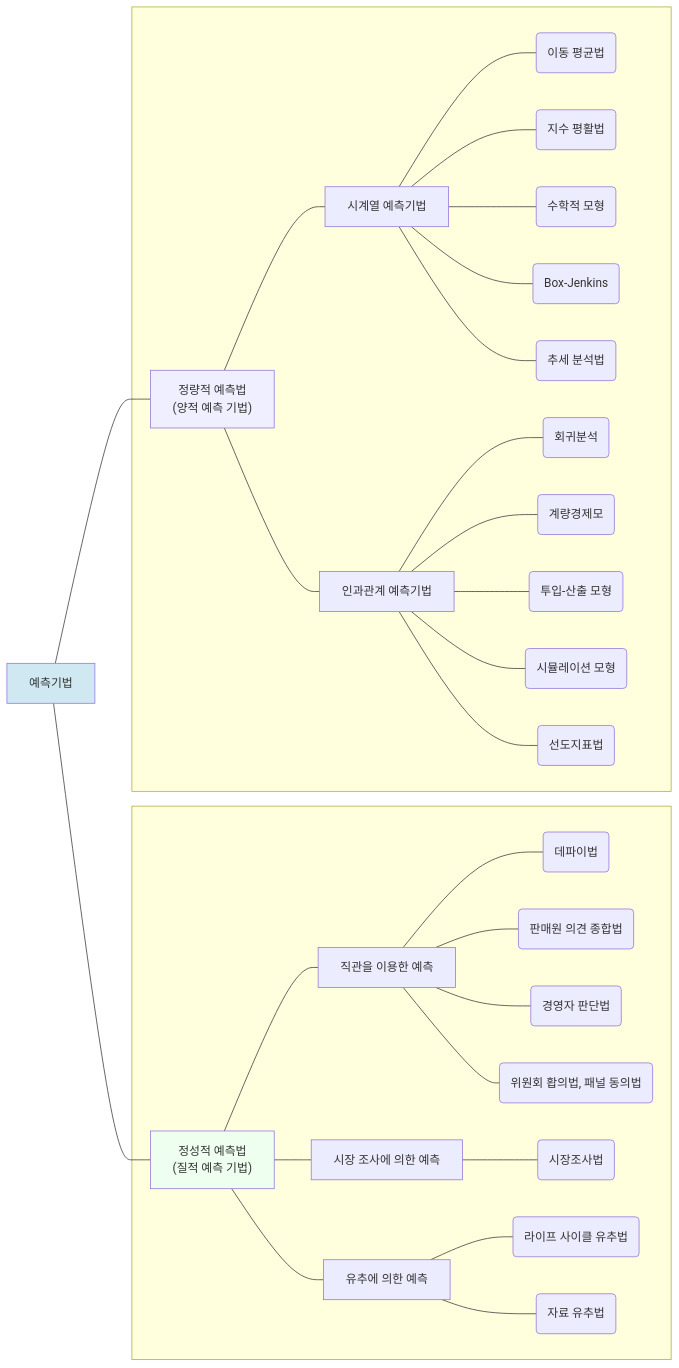
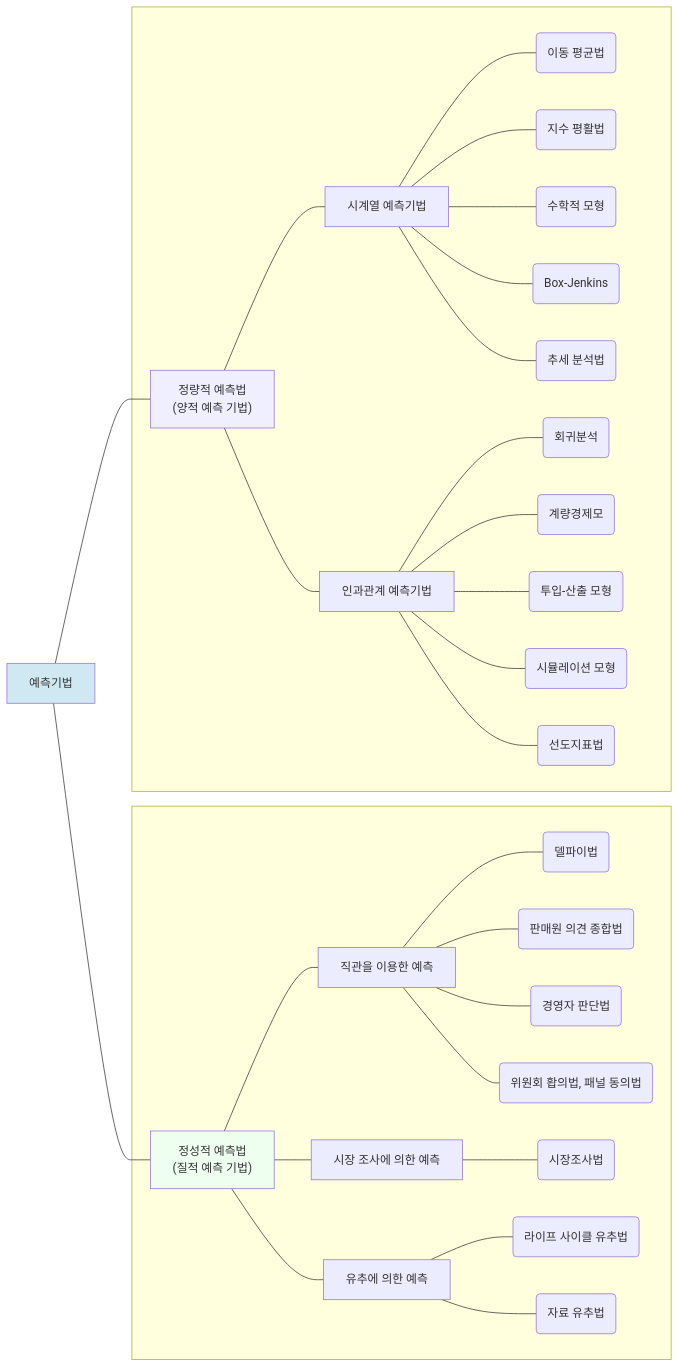
One commit to yeonkyupark/pepc2e changed the diagram in 0201수요예측.qmd. Above: the diagram before and after it, drawn with Mermaid. The commit also changed other lines of this file, not shown here.

````diff
--- a/0201수요예측.qmd
+++ b/0201수요예측.qmd
@@ -11,40 +13,40 @@
 ```{mermaid}
 flowchart LR
 subgraph s1["   "]
 10["정성적 예측법<br>(질적 예측 기법)"]
 11["직관을 이용한 예측"]
 12["시장 조사에 의한 예측"]
 13["유추에 의한 예측"]
-11 --- 111("데파이법")
+11 --- 111("델파이법")
 11 --- 112("판매원 의견 종합법")
 11 --- 113("경영자 판단법")
 11 --- 114("위원회 홥의법, 패널 동의법")
 12 --- 121("시장조사법")
 13 --- 131("라이프 사이클 유추법")
 13 --- 132("자료 유추법")
 10 --- 11 & 12 & 13
 end
 
 subgraph s2["   "]
 20["정량적 예측법<br>(양적 예측 기법)"]
 21["시계열 예측기법"]
 22["인과관계 예측기법"]
 21 --- 211("이동 평균법")
 21 --- 212("지수 평활법")
 21 --- 213("수학적 모형")
 21 --- 214("Box-Jenkins")
 21 --- 215("추세 분석법")
 22 --- 221("회귀분석")
 22 --- 222("계량경제모")
 22 --- 223("투입-산출 모형")
 22 --- 224("시뮬레이션 모형")
 22 --- 225("선도지표법")
 20 --- 21 & 22
 end
 
 예측기법 --- 10 & 20
 
 style 20 fill:#efefff
 style 10 fill:#efffef
 style 예측기법 fill:#d0e8f1
 ```
````
